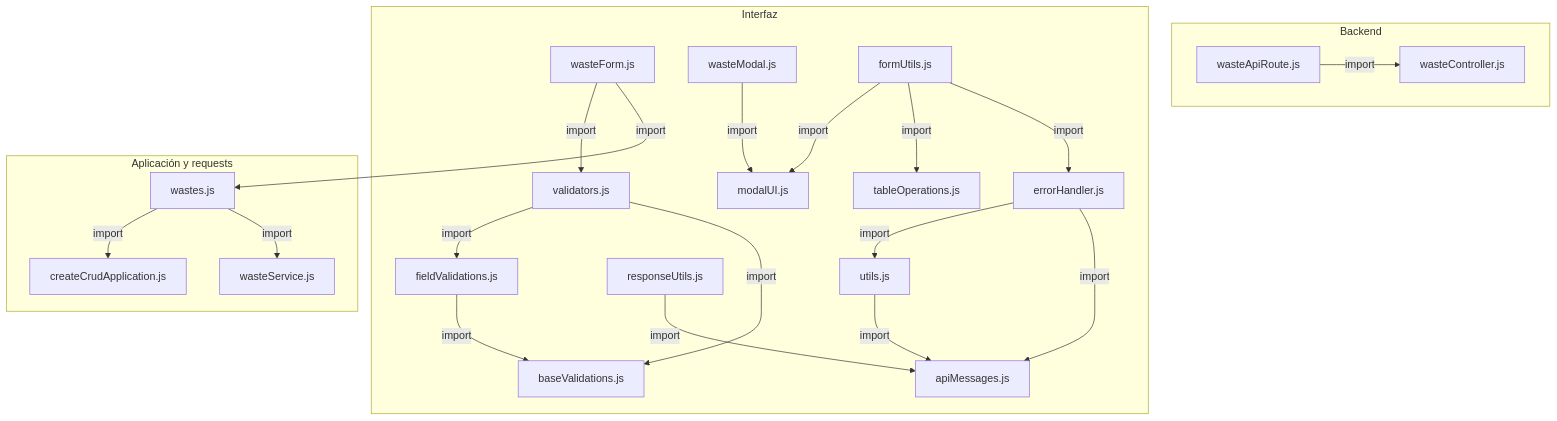
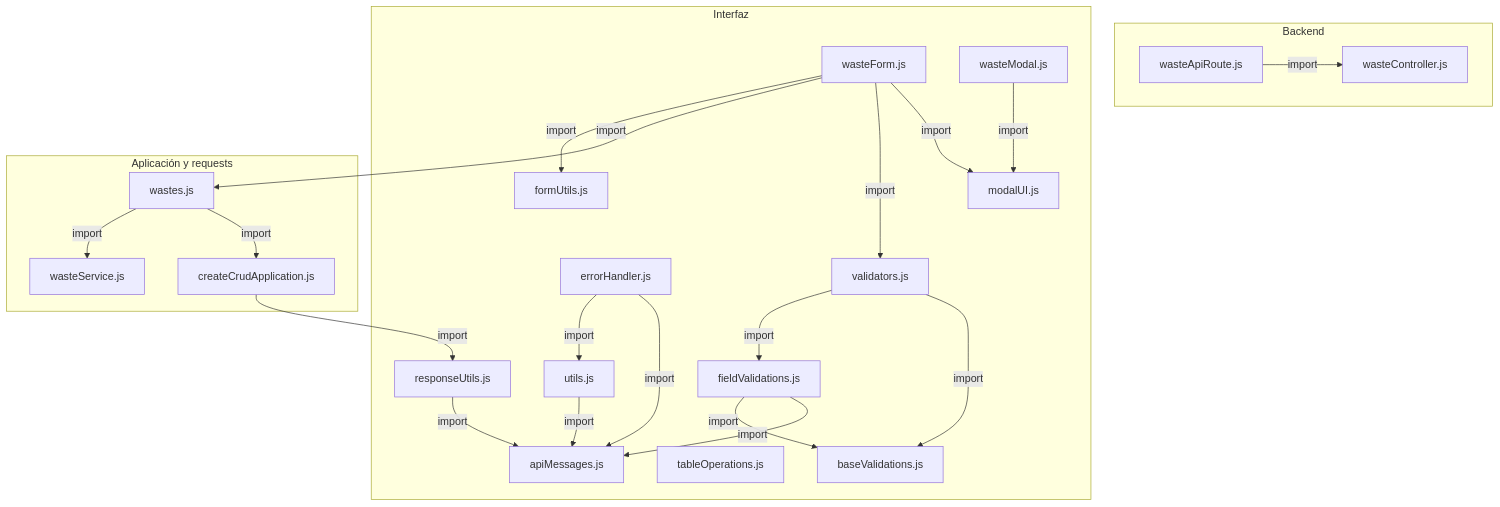
Before and after one commit to gpgsistemas01/nexus: the first of 3 diagrams in docs/architecture/views/processes/frontend-code-sequences/catalogs/cu-alm-10.md, drawn with Mermaid. The commit also changed other lines of this file and 200 other files, not shown here.

````diff
--- a/docs/architecture/views/processes/frontend-code-sequences/catalogs/cu-alm-10.md
+++ b/docs/architecture/views/processes/frontend-code-sequences/catalogs/cu-alm-10.md
@@ -56,42 +56,43 @@
 ```mermaid
 flowchart TB
     subgraph Component0["Backend"]
         FileWasteController["wasteController.js"]
         Transport["wasteApiRoute.js"]
     end
     subgraph Component1["Interfaz"]
         FileErrorHandler["errorHandler.js"]
         FileUtils["utils.js"]
         FileApiMessages["apiMessages.js"]
         View["wasteForm.js"]
         Modal["wasteModal.js"]
         FileTableOperations["tableOperations.js"]
         FileModalUI["modalUI.js"]
         FormUtils["formUtils.js"]
         FileResponseUtils["responseUtils.js"]
         FileBaseValidations["baseValidations.js"]
         FileFieldValidations["fieldValidations.js"]
         FileValidators["validators.js"]
     end
     subgraph Component2["Aplicación y requests"]
         Application["createCrudApplication.js"]
         FileWastes["wastes.js"]
         Request["wasteService.js"]
     end
+    Application -->|import| FileResponseUtils
     FileErrorHandler -->|import| FileApiMessages
     FileErrorHandler -->|import| FileUtils
+    FileFieldValidations -->|import| FileApiMessages
+    FileFieldValidations -->|import| FileBaseValidations
+    FileResponseUtils -->|import| FileApiMessages
     FileUtils -->|import| FileApiMessages
-    FileWastes -->|import| Request
-    FileWastes -->|import| Application
-    View -->|import| FileWastes
-    View -->|import| FileValidators
-    Modal -->|import| FileModalUI
-    FormUtils -->|import| FileErrorHandler
-    FormUtils -->|import| FileTableOperations
-    FormUtils -->|import| FileModalUI
-    FileResponseUtils -->|import| FileApiMessages
-    FileFieldValidations -->|import| FileBaseValidations
     FileValidators -->|import| FileBaseValidations
     FileValidators -->|import| FileFieldValidations
+    FileWastes -->|import| Application
+    FileWastes -->|import| Request
+    Modal -->|import| FileModalUI
     Transport -->|import| FileWasteController
+    View -->|import| FileModalUI
+    View -->|import| FileValidators
+    View -->|import| FileWastes
+    View -->|import| FormUtils
 ```
````
